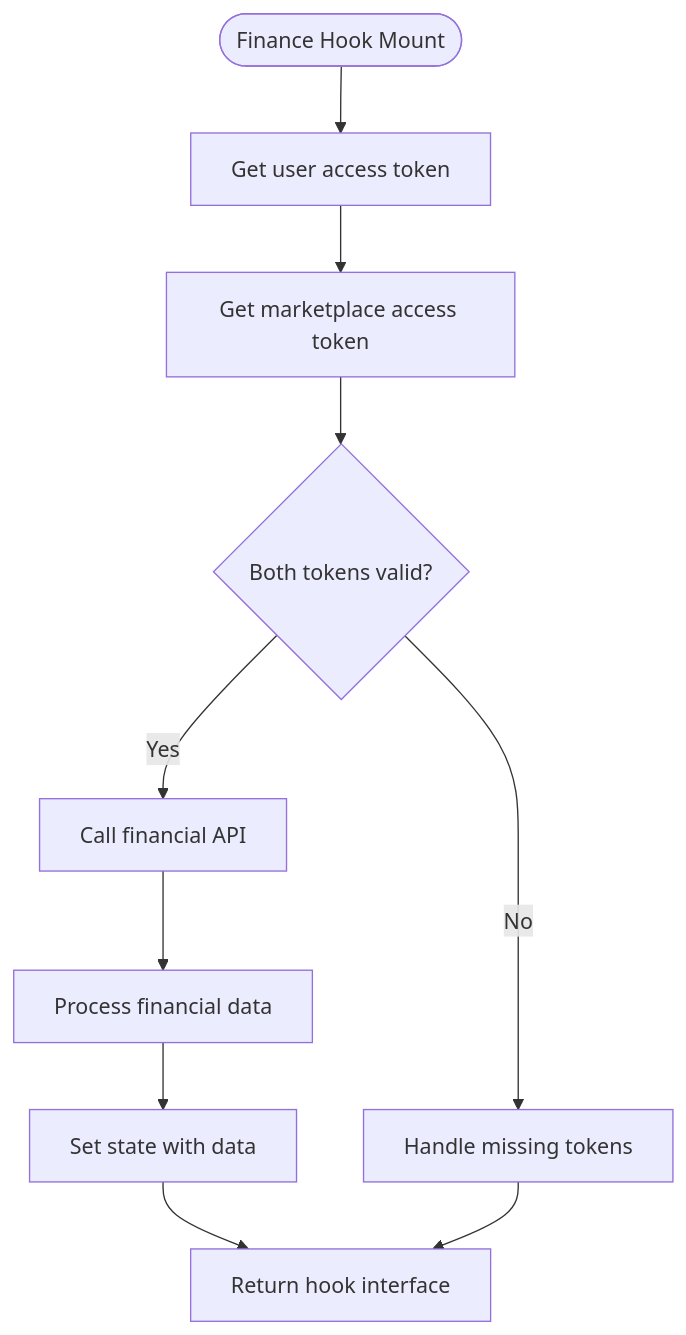
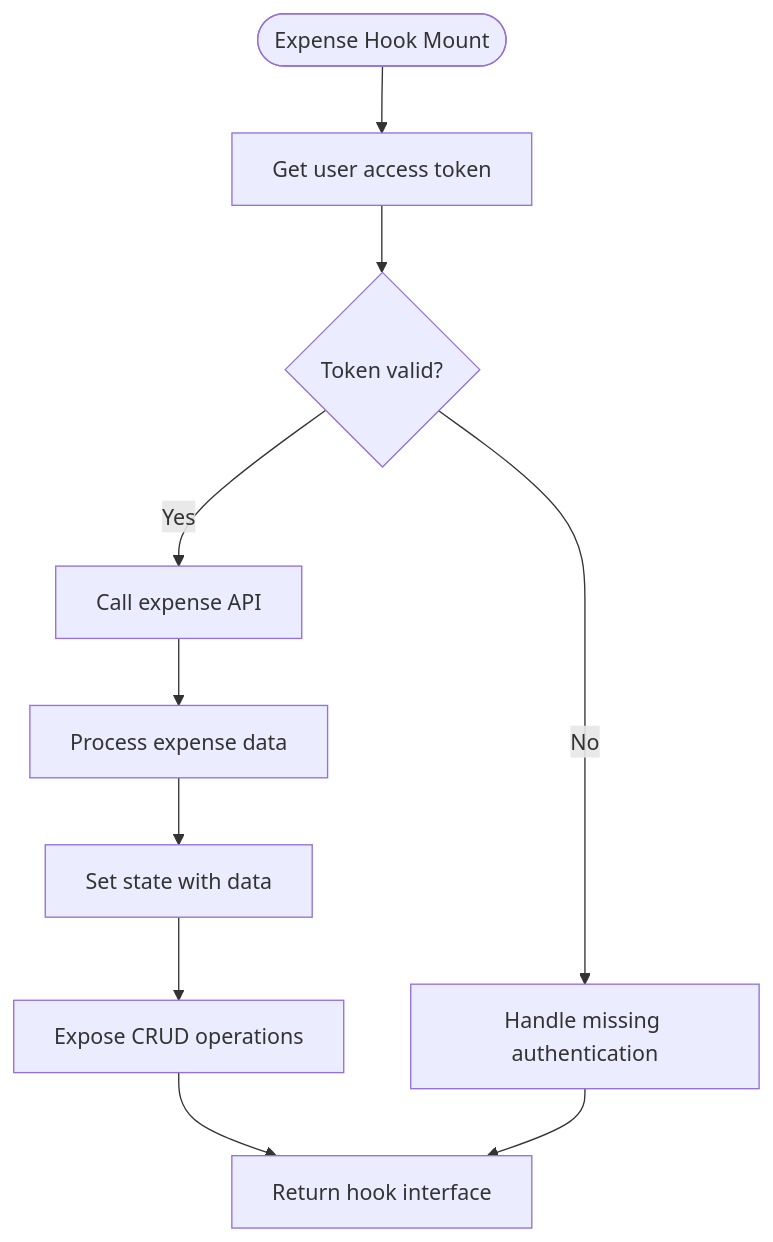
Diagram 22 of 22 in .qoder/repowiki/en/content/Hooks & State Management.md (Muhammad-Masood/tijarah-ai-app), drawn with Mermaid before and after one commit. The commit also changed other lines of this file and 14 other files, not shown here.

First line of the commit message:
feat(expense): add comprehensive expense management system with full CRUD operations

````diff
--- a/.qoder/repowiki/en/content/Hooks & State Management.md
+++ b/.qoder/repowiki/en/content/Hooks & State Management.md
@@ -826,12 +962,12 @@
 ```mermaid
 flowchart TD
-Start(["Finance Hook Mount"]) --> GetAuth["Get user access token"]
-GetAuth --> GetMarketplace["Get marketplace access token"]
-GetMarketplace --> Validate{"Both tokens valid?"}
-Validate -- No --> HandleMissing["Handle missing tokens"]
-Validate -- Yes --> FetchData["Call financial API"]
-FetchData --> ProcessData["Process financial data"]
+Start(["Expense Hook Mount"]) --> GetAuth["Get user access token"]
+GetAuth --> Validate{"Token valid?"}
+Validate -- No --> HandleMissing["Handle missing authentication"]
+Validate -- Yes --> FetchData["Call expense API"]
+FetchData --> ProcessData["Process expense data"]
 ProcessData --> SetState["Set state with data"]
-SetState --> Return["Return hook interface"]
+SetState --> Mutations["Expose CRUD operations"]
+Mutations --> Return["Return hook interface"]
 HandleMissing --> Return
 ```
````
